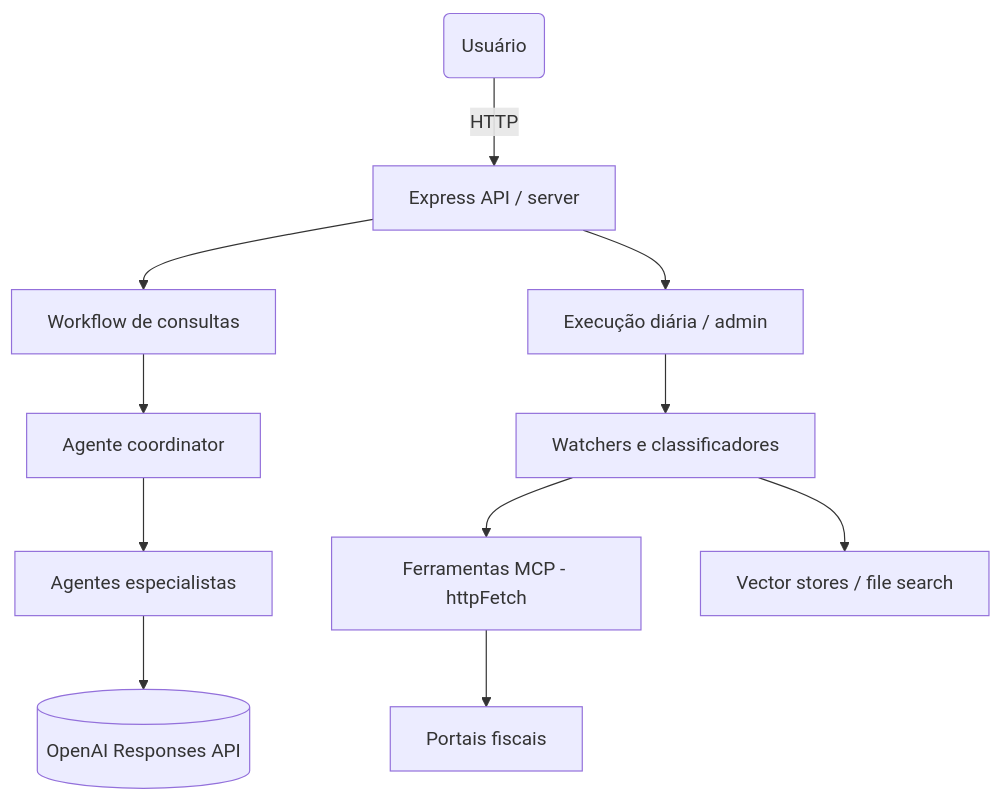
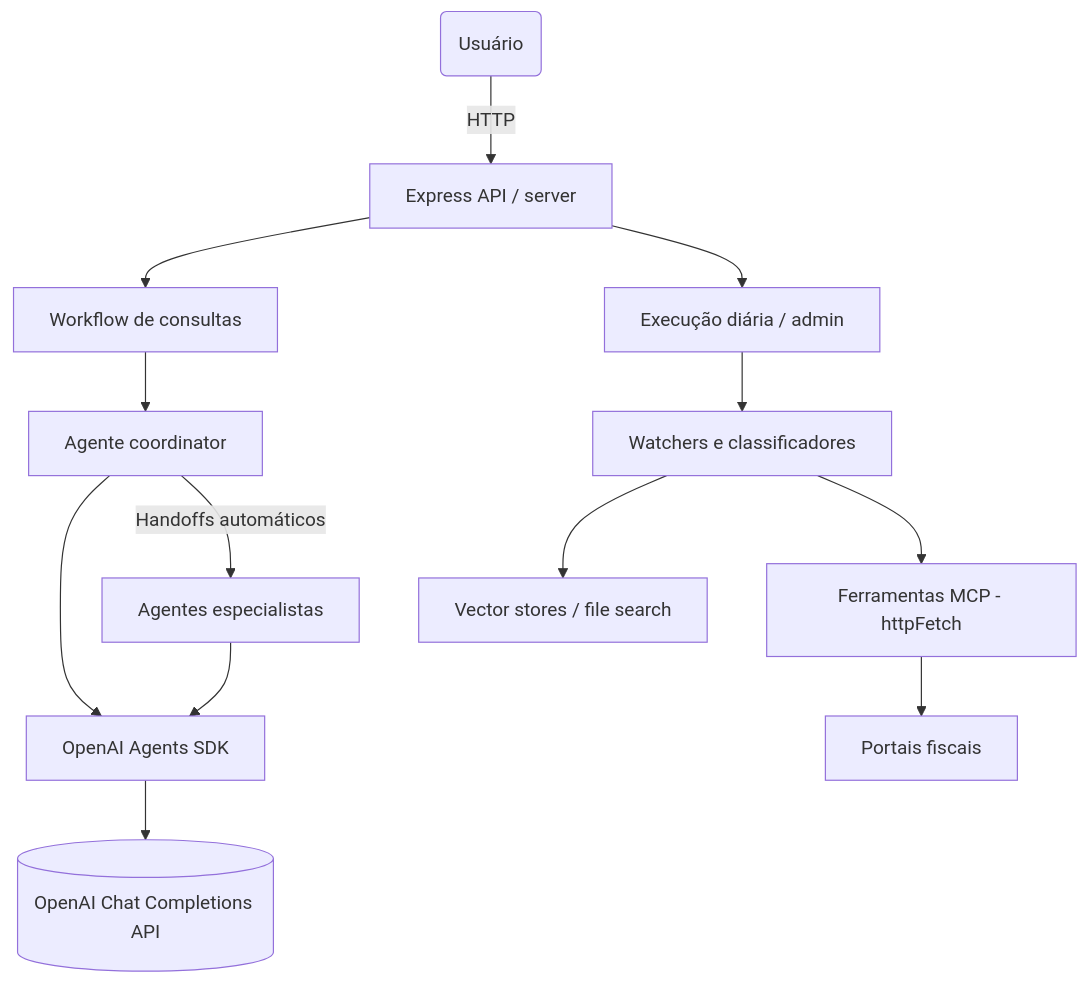
One commit to whitebeardit/tax-virtual-office changed the diagram in README.md. Above: the diagram before and after it, drawn with Mermaid. The commit also changed other lines of this file and 1 other file, not shown here.

First line of the commit message:
docs: Atualizar documentação para refletir uso do OpenAI Agents SDK

````diff
--- a/README.md
+++ b/README.md
@@ -26,14 +26,16 @@
 ```mermaid
 flowchart TD
     User(Usuário) -->|HTTP| API[Express API / server]
     API --> QueryWorkflow[Workflow de consultas]
     QueryWorkflow --> Coordinator[Agente coordinator]
-    Coordinator --> Specialists[Agentes especialistas]
-    Specialists --> OpenAI[(OpenAI Responses API)]
+    Coordinator -->|Handoffs automáticos| Specialists[Agentes especialistas]
+    Coordinator --> AgentsSDK[OpenAI Agents SDK]
+    Specialists --> AgentsSDK
+    AgentsSDK --> OpenAI[(OpenAI Chat Completions API)]
 
     API --> DailyTrigger[Execução diária / admin]
     DailyTrigger --> Maintenance[Watchers e classificadores]
     Maintenance --> MCP["Ferramentas MCP - httpFetch"]
     MCP --> Portais[Portais fiscais]
     Maintenance --> VectorStores[Vector stores / file search]
 ```
````
